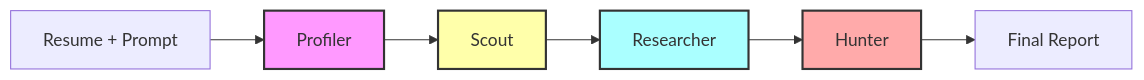
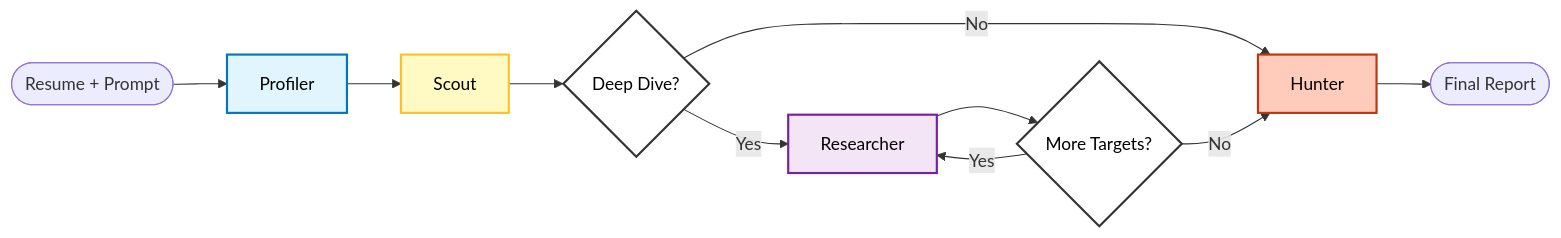
One commit to tmythicator/headless-hunter changed the diagram in README.md. Above: the diagram before and after it, drawn with Mermaid. The commit also changed other lines of this file, not shown here.

Commit message:
docs: improve graph optics, small fixes

````diff
--- a/README.md
+++ b/README.md
@@ -32,13 +30,23 @@
 ```mermaid
-graph LR
-    User[Resume + Prompt] --> A[Profiler]
-    A --> B[Scout]
-    B --> C[Researcher]
-    C --> D[Hunter]
-    D --> Report[Final Report]
+flowchart LR
+    User([Resume + Prompt]) --> Profiler
+    Profiler --> Scout
+    Scout --> Deep{Deep Dive?}
 
-    style A fill:#f9f,stroke:#333,stroke-width:2px
-    style B fill:#ffa,stroke:#333,stroke-width:2px
-    style C fill:#aff,stroke:#333,stroke-width:2px
-    style D fill:#faa,stroke:#333,stroke-width:2px
+    Deep -- Yes --> Researcher
+    Deep -- No --> Hunter
+
+    Researcher --> More{More Targets?}
+    More -- Yes --> Researcher
+    More -- No --> Hunter
+
+    Hunter --> Report([Final Report])
+
+    %% Soft Professional Palette
+    style Profiler fill:#e1f5fe,stroke:#0277bd,stroke-width:2px,color:#000
+    style Scout fill:#fff9c4,stroke:#fbc02d,stroke-width:2px,color:#000
+    style Researcher fill:#f3e5f5,stroke:#7b1fa2,stroke-width:2px,color:#000
+    style Hunter fill:#ffccbc,stroke:#bf360c,stroke-width:2px,color:#000
+    style Deep fill:#ffffff,stroke:#333,stroke-width:2px,color:#000
+    style More fill:#ffffff,stroke:#333,stroke-width:2px,color:#000
 ```
````
